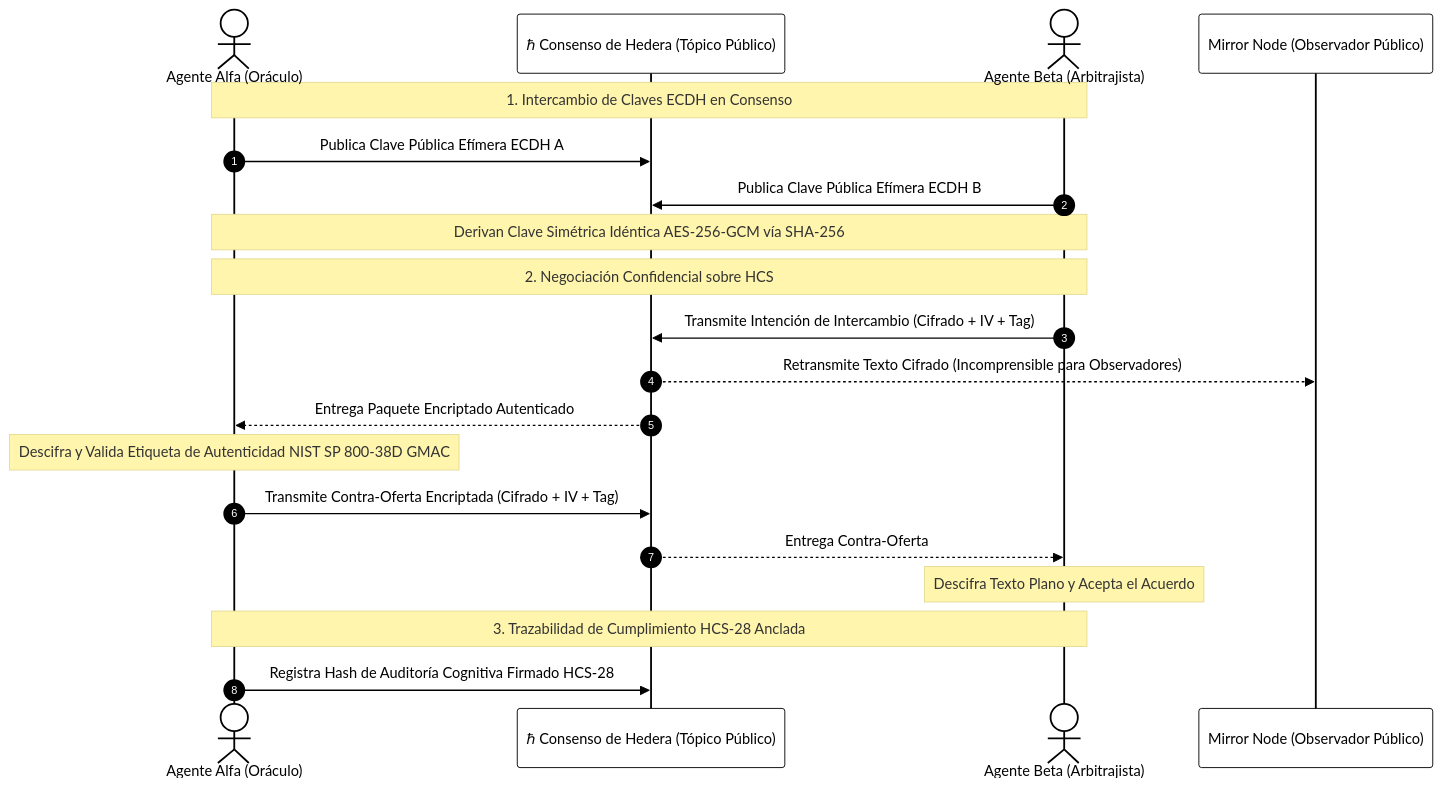
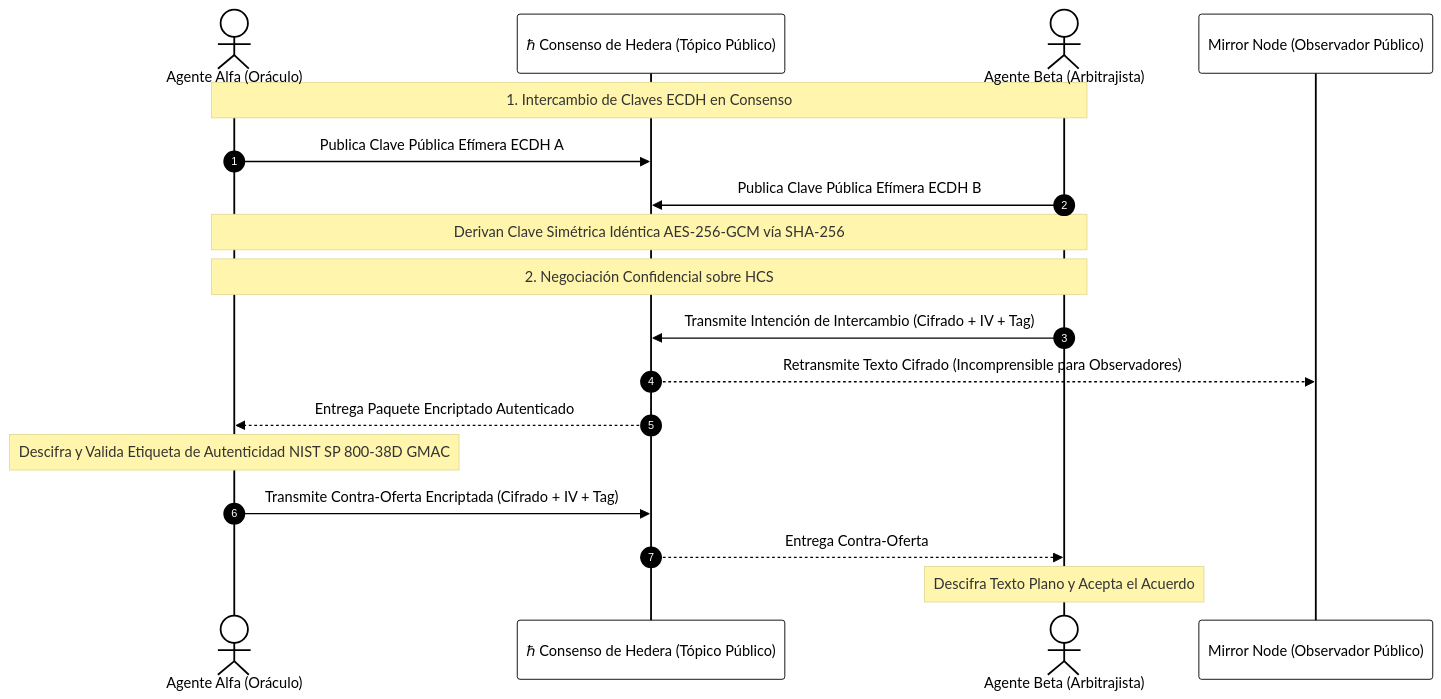
The diagram in course/Spanish/M14_Advanced_HCS_Standards_AI/README.md (altaga/Hedera-By-Example), drawn with Mermaid before and after one commit. The commit also changed other lines of this file and 66 other files, not shown here.

````diff
--- a/course/Spanish/M14_Advanced_HCS_Standards_AI/README.md
+++ b/course/Spanish/M14_Advanced_HCS_Standards_AI/README.md
@@ -30,43 +29,41 @@
 ```mermaid
 %%{init: {
   'theme': 'base',
   'themeVariables': {
     'primaryColor': '#ffffff',
     'primaryTextColor': '#000000',
     'primaryBorderColor': '#000000',
     'lineColor': '#000000',
     'secondaryColor': '#FF4500',
     'tertiaryColor': '#ffffff',
     'mainBkg': '#ffffff',
     'nodeBorder': '#000000',
     'clusterBkg': '#F9F9F6',
     'clusterBorder': '#000000',
     'fontSize': '14px',
     'fontFamily': 'Inter, system-ui, -apple-system, sans-serif',
     'nodeRadius': '0px'
   }
 }}%%
 sequenceDiagram
     autonumber
     actor AgentA as  Agente Alfa (Oráculo)
     participant HCS as ℏ Consenso de Hedera (Tópico Público)
     actor AgentB as  Agente Beta (Arbitrajista)
     participant Mirror as  Mirror Node (Observador Público)
 
     Note over AgentA,AgentB: 1. Intercambio de Claves ECDH en Consenso
     AgentA->>HCS: Publica Clave Pública Efímera ECDH A
     AgentB->>HCS: Publica Clave Pública Efímera ECDH B
     Note over AgentA,AgentB: Derivan Clave Simétrica Idéntica AES-256-GCM vía SHA-256
 
     Note over AgentA,AgentB: 2. Negociación Confidencial sobre HCS
     AgentB->>HCS: Transmite Intención de Intercambio (Cifrado + IV + Tag)
     HCS-->>Mirror: Retransmite Texto Cifrado (Incomprensible para Observadores)
     HCS-->>AgentA: Entrega Paquete Encriptado Autenticado
     Note over AgentA: Descifra y Valida Etiqueta de Autenticidad NIST SP 800-38D GMAC
     AgentA->>HCS: Transmite Contra-Oferta Encriptada (Cifrado + IV + Tag)
     HCS-->>AgentB: Entrega Contra-Oferta
     Note over AgentB: Descifra Texto Plano y Acepta el Acuerdo
 
-    Note over AgentA,AgentB: 3. Trazabilidad de Cumplimiento HCS-28 Anclada
-    AgentA->>HCS: Registra Hash de Auditoría Cognitiva Firmado HCS-28
 ```
````
